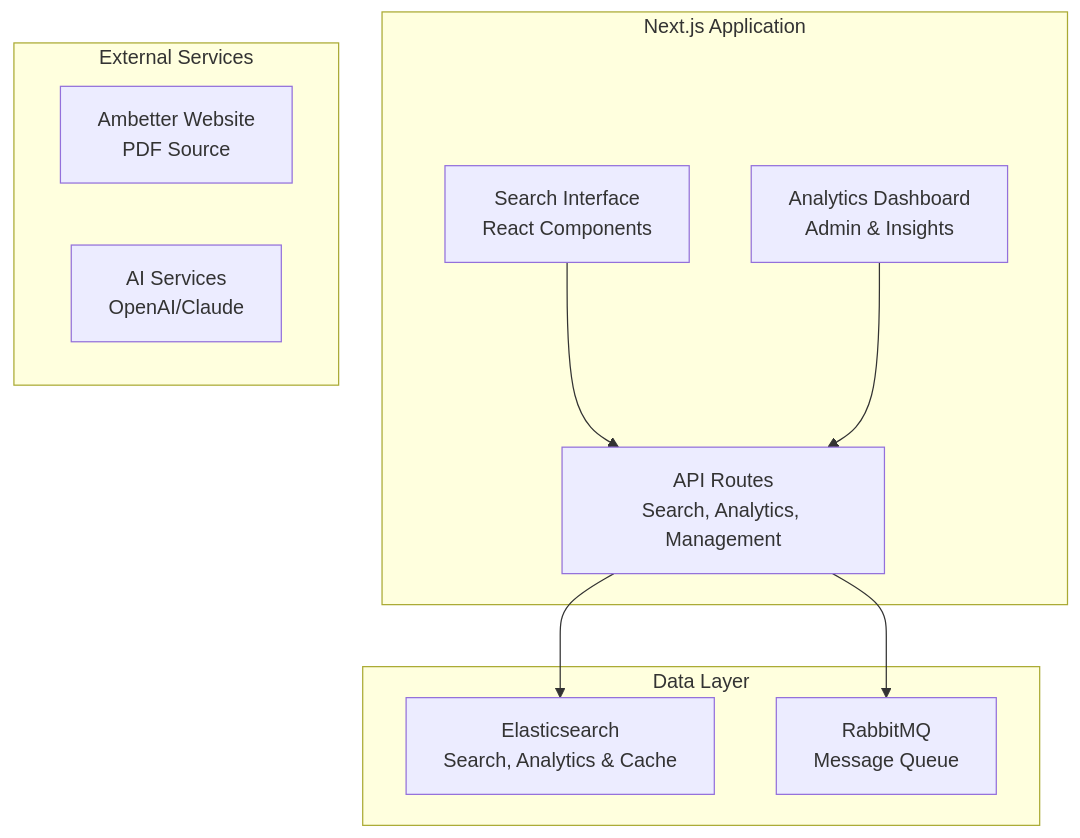
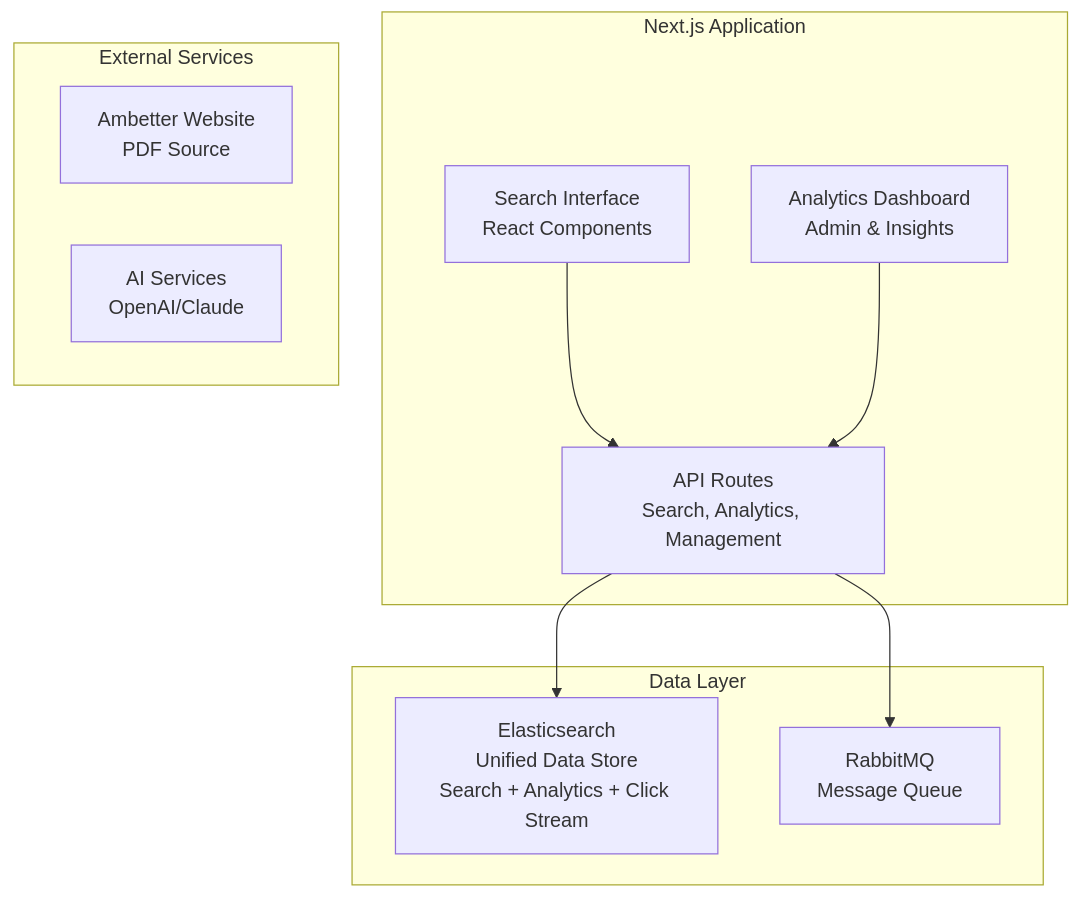
The diagram in README.md (bommas/ambetter-project), drawn with Mermaid before and after one commit. The commit also changed other lines of this file and 1 other file, not shown here.

Commit message:
Index all click stream data into Elasticsearch
- Update click stream processor to index everything into Elasticsearch
- Change 'Analytics & Cache Index' to 'Unified Data Index'
- Add Elasticsearch indices structure for different data types
- Update architecture diagrams to show unified Elasticsearch data store
- Add click stream data structure with event types and metadata
- Simplify data architecture to single Elasticsearch instance
- Remove separate analytics database references

````diff
--- a/README.md
+++ b/README.md
@@ -21,23 +21,23 @@
 ```mermaid
 graph TB
     subgraph "Next.js Application"
         A[Search Interface<br/>React Components]
         B[Analytics Dashboard<br/>Admin & Insights]
         C[API Routes<br/>Search, Analytics, Management]
     end
     
     subgraph "Data Layer"
-        G[Elasticsearch<br/>Search, Analytics & Cache]
+        G[Elasticsearch<br/>Unified Data Store<br/>Search + Analytics + Click Stream]
         H[RabbitMQ<br/>Message Queue]
     end
     
     subgraph "External Services"
         J[Ambetter Website<br/>PDF Source]
         K[AI Services<br/>OpenAI/Claude]
     end
     
     A --> C
     B --> C
     C --> G
     C --> H
 ```
````
